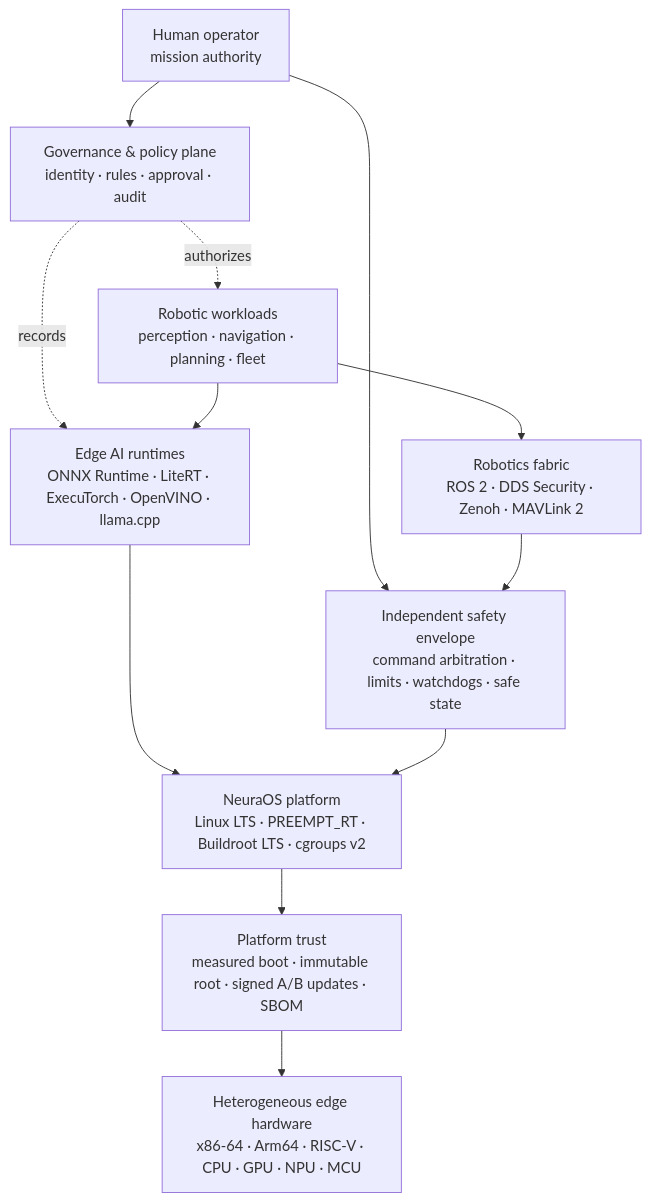
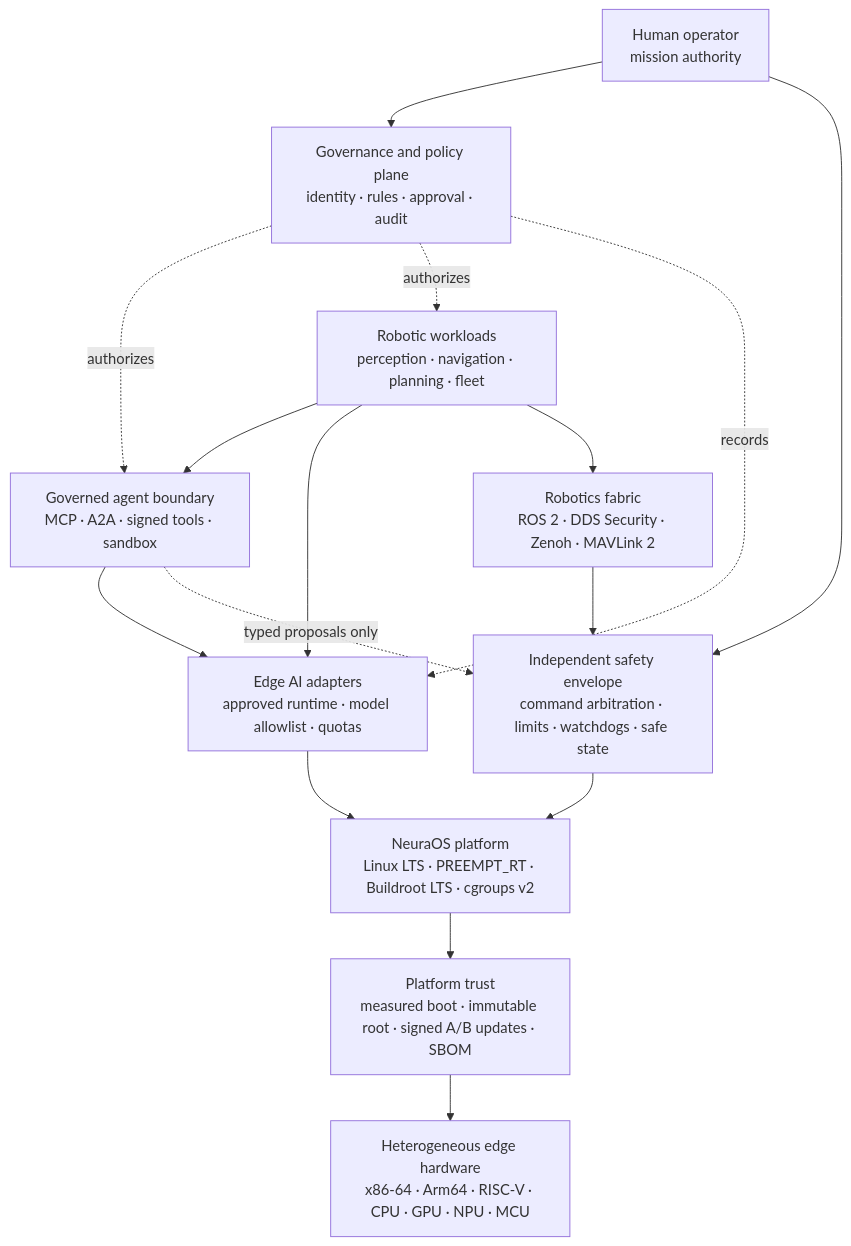
Before and after one commit to neuraparse/neuraos: the diagram in README.md, drawn with Mermaid. The commit also changed other lines of this file and 3 other files, not shown here.

````diff
--- a/README.md
+++ b/README.md
@@ -50,24 +134,29 @@
 ```mermaid
 flowchart TB
     Operator["Human operator<br/>mission authority"]
-    Governance["Governance & policy plane<br/>identity · rules · approval · audit"]
+    Governance["Governance and policy plane<br/>identity · rules · approval · audit"]
+    Agent["Governed agent boundary<br/>MCP · A2A · signed tools · sandbox"]
     Workloads["Robotic workloads<br/>perception · navigation · planning · fleet"]
-    Inference["Edge AI runtimes<br/>ONNX Runtime · LiteRT · ExecuTorch · OpenVINO · llama.cpp"]
+    Inference["Edge AI adapters<br/>approved runtime · model allowlist · quotas"]
     Fabric["Robotics fabric<br/>ROS 2 · DDS Security · Zenoh · MAVLink 2"]
     Safety["Independent safety envelope<br/>command arbitration · limits · watchdogs · safe state"]
     Platform["NeuraOS platform<br/>Linux LTS · PREEMPT_RT · Buildroot LTS · cgroups v2"]
     Trust["Platform trust<br/>measured boot · immutable root · signed A/B updates · SBOM"]
     Hardware["Heterogeneous edge hardware<br/>x86-64 · Arm64 · RISC-V · CPU · GPU · NPU · MCU"]
 
     Operator --> Governance
     Operator --> Safety
+    Governance -. authorizes .-> Agent
     Governance -. authorizes .-> Workloads
     Governance -. records .-> Inference
+    Workloads --> Agent
+    Agent --> Inference
+    Agent -. typed proposals only .-> Safety
     Workloads --> Inference
     Workloads --> Fabric
     Fabric --> Safety
     Inference --> Platform
     Safety --> Platform
     Platform --> Trust
     Trust --> Hardware
 ```
````
